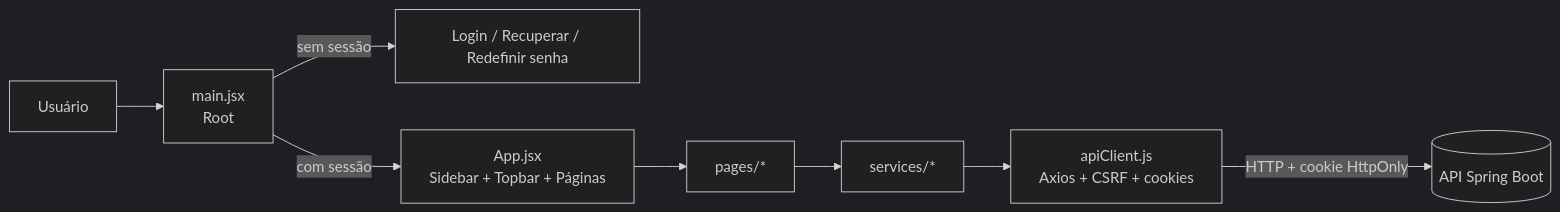
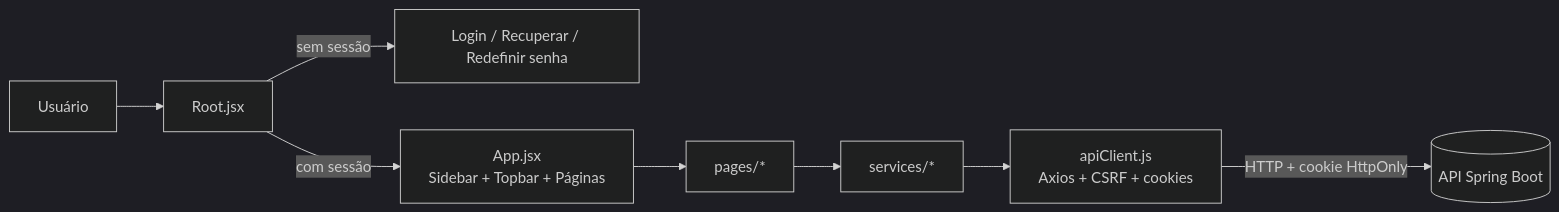
The diagram in README.md (projeto-ong-amar/projeto-ong-amar-frontend), drawn with Mermaid (dark theme) before and after one commit. The commit also changed other lines of this file, not shown here.

````diff
--- a/README.md
+++ b/README.md
@@ -112,10 +112,10 @@
 ```mermaid
 flowchart LR
-    U[Usuário] --> M[main.jsx<br/>Root]
+    U[Usuário] --> M[Root.jsx]
     M -->|sem sessão| L[Login / Recuperar / Redefinir senha]
     M -->|com sessão| A[App.jsx<br/>Sidebar + Topbar + Páginas]
     A --> P[pages/*]
     P --> S[services/*]
     S --> C[apiClient.js<br/>Axios + CSRF + cookies]
     C -->|HTTP + cookie HttpOnly| B[(API Spring Boot)]
 ```
````
